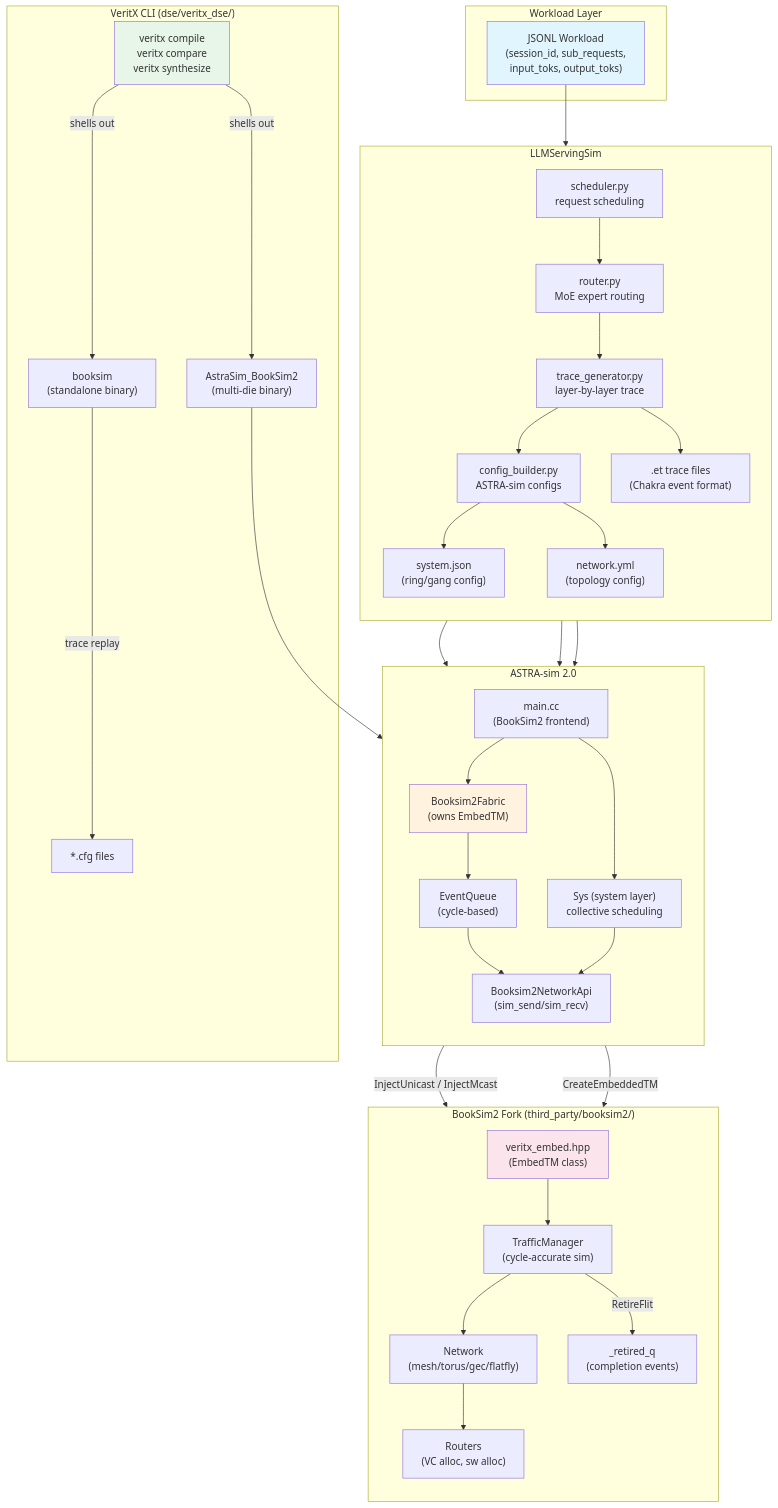
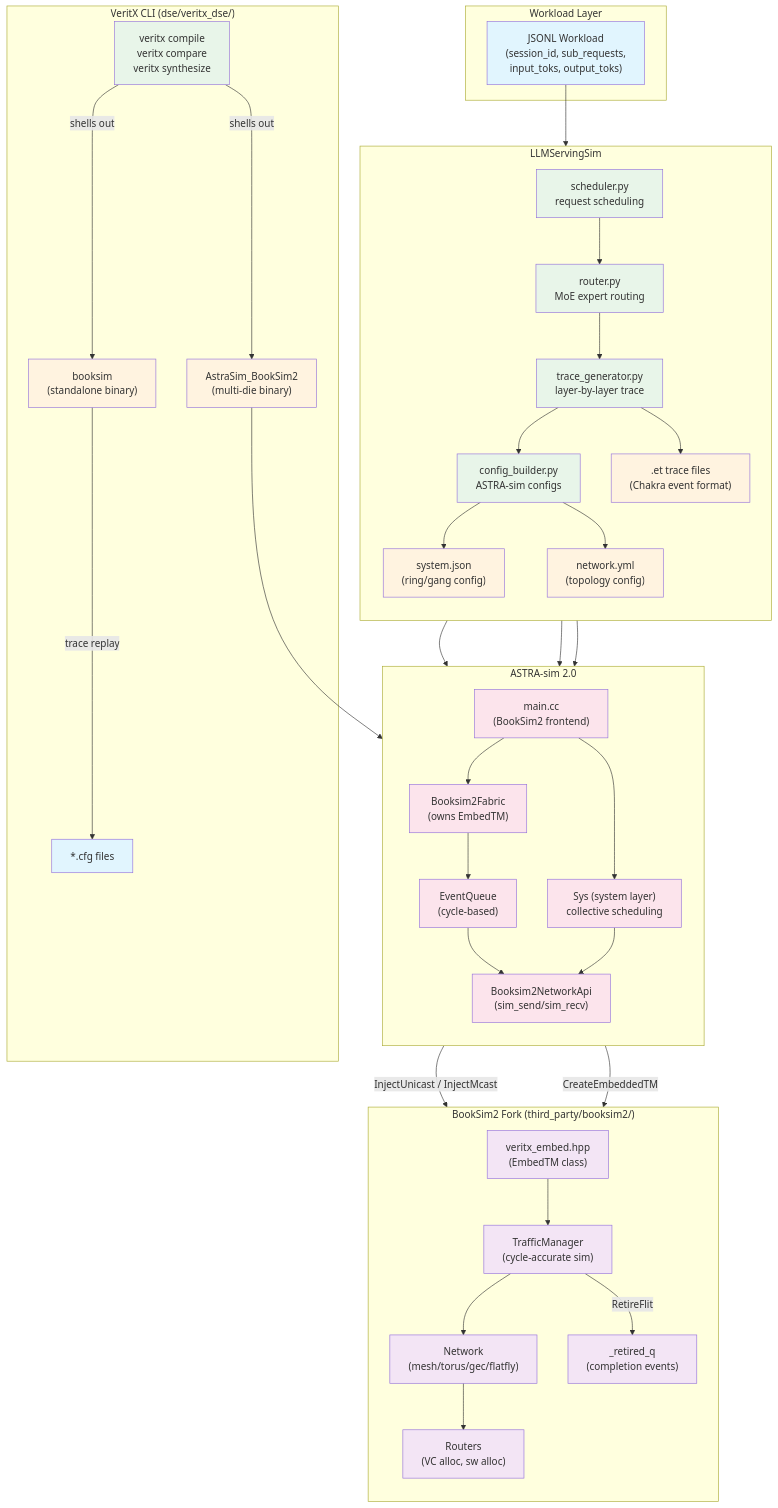
Before and after one commit to Anmol-S314/veritx-research: the first of 5 diagrams in serving/README.md, drawn with Mermaid. The commit also changed other lines of this file and 1 other file, not shown here.

Commit message:
docs: color-code all 22 Mermaid diagrams with consistent scheme
Color scheme across both READMEs:
- Blue (#e1f5fe): input/workload nodes
- Green (#e8f5e9): CLI/tool nodes
- Orange (#fff3e0): simulation/fabric nodes
- Pink (#fce4ec): API/bridge nodes
- Purple (#f3e5f5): verification/output nodes

22 diagrams total:
- serving/README.md: 5 diagrams (architecture, sequence, class)
- dse/README.md: 17 diagrams (pipeline, data flow, topology selection, etc.)

````diff
--- a/serving/README.md
+++ b/serving/README.md
@@ -24,52 +24,70 @@
 ```mermaid
 graph TB
     subgraph "Workload Layer"
         WL["JSONL Workload<br/>(session_id, sub_requests,<br/>input_toks, output_toks)"]
     end
 
     subgraph "LLMServingSim"
         direction TB
         WL --> SCHED["scheduler.py<br/>request scheduling"]
         SCHED --> ROUTE["router.py<br/>MoE expert routing"]
         ROUTE --> TG["trace_generator.py<br/>layer-by-layer trace"]
         TG --> CB["config_builder.py<br/>ASTRA-sim configs"]
         TG --> ET[".et trace files<br/>(Chakra event format)"]
         CB --> SYS["system.json<br/>(ring/gang config)"]
         CB --> NETCFG["network.yml<br/>(topology config)"]
     end
 
     subgraph "ASTRA-sim 2.0"
         direction TB
         ET --> AMAIN["main.cc<br/>(BookSim2 frontend)"]
         SYS --> AMAIN
         NETCFG --> AMAIN
         AMAIN --> FABRIC["Booksim2Fabric<br/>(owns EmbedTM)"]
         FABRIC --> EVENTQ["EventQueue<br/>(cycle-based)"]
         EVENTQ --> NETAPI["Booksim2NetworkApi<br/>(sim_send/sim_recv)"]
         AMAIN --> WORKLOAD["Sys (system layer)<br/>collective scheduling"]
         WORKLOAD --> NETAPI
     end
 
     subgraph "BookSim2 Fork (third_party/booksim2/)"
         direction TB
         NETAPI -->|"InjectUnicast / InjectMcast"| EMBED["veritx_embed.hpp<br/>(EmbedTM class)"]
         FABRIC -->|"CreateEmbeddedTM"| EMBED
         EMBED --> TM["TrafficManager<br/>(cycle-accurate sim)"]
         TM --> FNET["Network<br/>(mesh/torus/gec/flatfly)"]
         FNET --> ROUTERS["Routers<br/>(VC alloc, sw alloc)"]
         TM -->|"RetireFlit"| RET["_retired_q<br/>(completion events)"]
     end
 
     subgraph "VeritX CLI (dse/veritx_dse/)"
         CLI["veritx compile<br/>veritx compare<br/>veritx synthesize"]
         CLI -->|"shells out"| BOOKSIM_BIN["booksim<br/>(standalone binary)"]
         CLI -->|"shells out"| ASTRABS["AstraSim_BookSim2<br/>(multi-die binary)"]
         BOOKSIM_BIN -->|"trace replay"| BOOKSIM_CFG["*.cfg files"]
         ASTRABS --> AMAIN
     end
 
     style WL fill:#e1f5fe
-    style FABRIC fill:#fff3e0
-    style EMBED fill:#fce4ec
+    style SCHED fill:#e8f5e9
+    style ROUTE fill:#e8f5e9
+    style TG fill:#e8f5e9
+    style CB fill:#e8f5e9
+    style ET fill:#fff3e0
+    style SYS fill:#fff3e0
+    style NETCFG fill:#fff3e0
+    style AMAIN fill:#fce4ec
+    style FABRIC fill:#fce4ec
+    style EVENTQ fill:#fce4ec
+    style NETAPI fill:#fce4ec
+    style WORKLOAD fill:#fce4ec
+    style EMBED fill:#f3e5f5
+    style TM fill:#f3e5f5
+    style FNET fill:#f3e5f5
+    style ROUTERS fill:#f3e5f5
+    style RET fill:#f3e5f5
     style CLI fill:#e8f5e9
+    style BOOKSIM_BIN fill:#fff3e0
+    style ASTRABS fill:#fff3e0
+    style BOOKSIM_CFG fill:#e1f5fe
 ```
````
